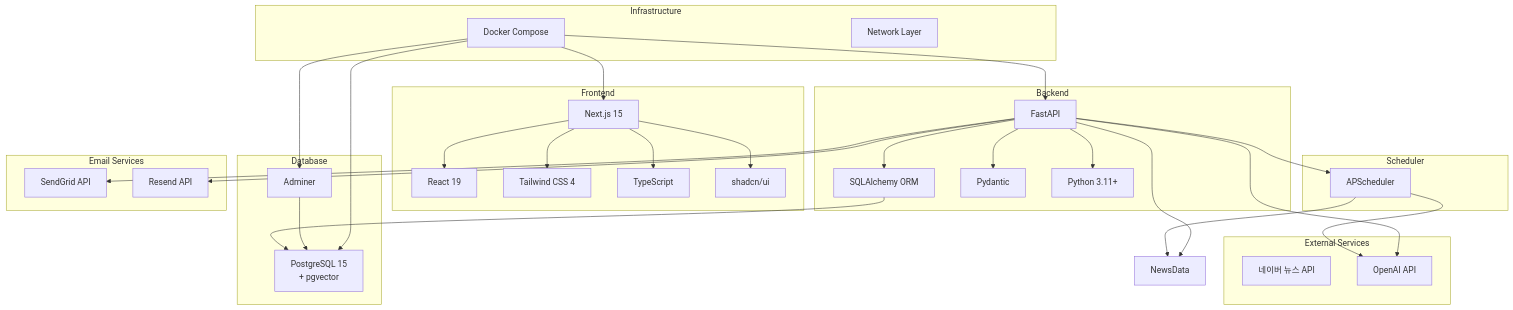
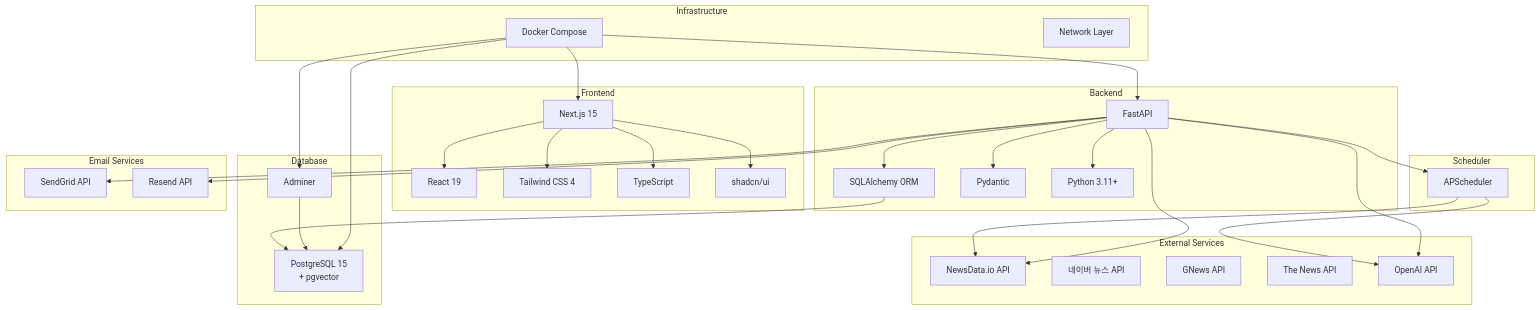
Before and after one commit to EduungEee/jtj: the tenth of 18 diagrams in DIAGRAM.md, drawn with Mermaid. The commit also changed other lines of this file and 7 other files, not shown here.

````diff
--- a/DIAGRAM.md
+++ b/DIAGRAM.md
@@ -315,66 +326,69 @@
 ```mermaid
 graph TB
     subgraph "Frontend"
         NextJS[Next.js 15]
         React[React 19]
         Tailwind[Tailwind CSS 4]
         TypeScript[TypeScript]
         Shadcn[shadcn/ui]
     end
 
     subgraph "Backend"
         FastAPI[FastAPI]
         SQLAlchemy[SQLAlchemy ORM]
         Pydantic[Pydantic]
         Python[Python 3.11+]
     end
 
     subgraph "Database"
         PostgreSQL[PostgreSQL 15<br/>+ pgvector]
         Adminer[Adminer]
     end
 
     subgraph "Scheduler"
         APScheduler[APScheduler]
     end
 
     subgraph "Email Services"
         SendGrid[SendGrid API]
         Resend[Resend API]
     end
 
     subgraph "External Services"
+        NewsData[NewsData.io API]
         Naver[네이버 뉴스 API]
+        GNews[GNews API]
+        TheNewsAPI[The News API]
         OpenAI[OpenAI API]
     end
 
     subgraph "Infrastructure"
         Docker[Docker Compose]
         Network[Network Layer]
     end
 
     NextJS --> React
     NextJS --> Tailwind
     NextJS --> TypeScript
     NextJS --> Shadcn
 
     FastAPI --> SQLAlchemy
     FastAPI --> Pydantic
     FastAPI --> Python
 
     SQLAlchemy --> PostgreSQL
     Adminer --> PostgreSQL
 
     FastAPI --> APScheduler
     APScheduler --> NewsData
     APScheduler --> OpenAI
     FastAPI --> NewsData
     FastAPI --> OpenAI
     FastAPI --> SendGrid
     FastAPI --> Resend
 
     Docker --> NextJS
     Docker --> FastAPI
     Docker --> PostgreSQL
     Docker --> Adminer
 ```
````
